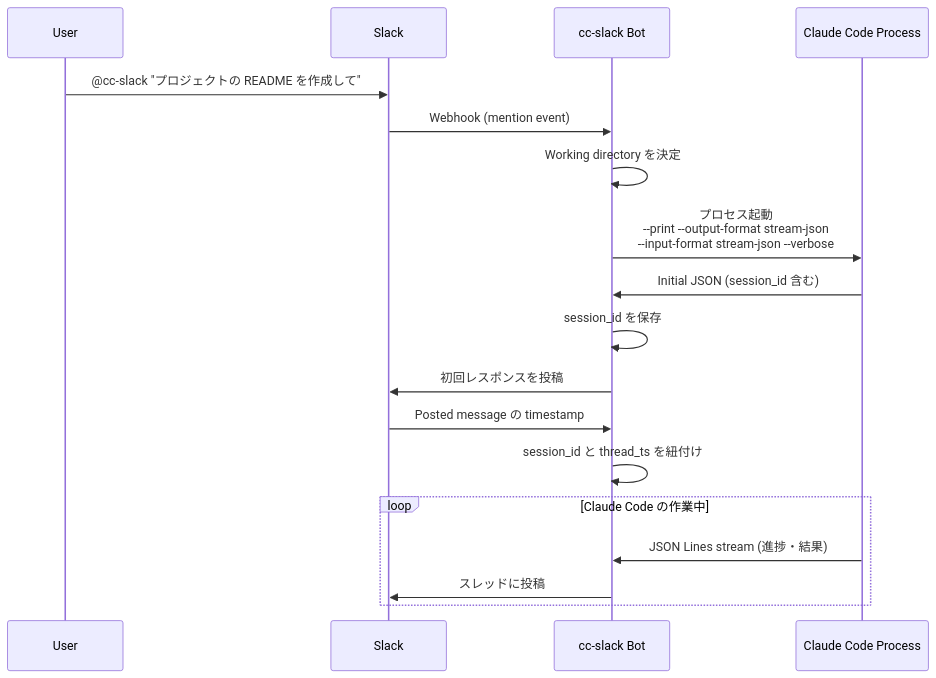
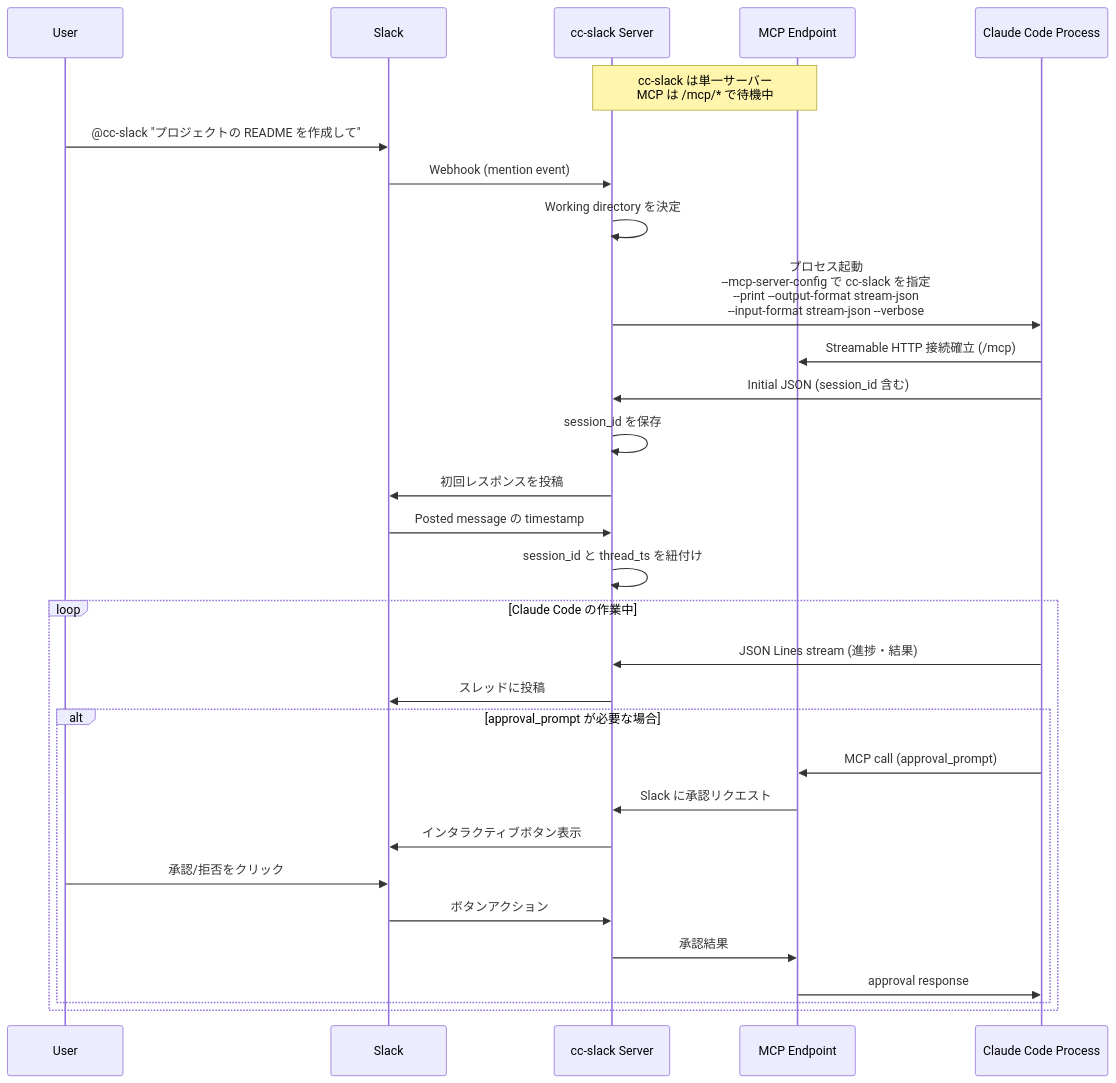
One commit to yuya-takeyama/cc-slack changed the first of 2 diagrams in docs/design.md. Above: the diagram before and after it, drawn with Mermaid. The commit also changed other lines of this file, not shown here.

First line of the commit message:
docs: update design to use Streamable HTTP transport for MCP

````diff
--- a/docs/design.md
+++ b/docs/design.md
@@ -66,22 +74,35 @@
 ```mermaid
 sequenceDiagram
     participant U as User
     participant S as Slack
-    participant B as cc-slack Bot
+    participant B as cc-slack Server
+    participant M as MCP Endpoint
     participant C as Claude Code Process
+
+    Note over B,M: cc-slack は単一サーバー<br/>MCP は /mcp/* で待機中
 
     U->>S: @cc-slack "プロジェクトの README を作成して"
     S->>B: Webhook (mention event)
     B->>B: Working directory を決定
-    B->>C: プロセス起動<br/>--print --output-format stream-json<br/>--input-format stream-json --verbose
+    B->>C: プロセス起動<br/>--mcp-server-config で cc-slack を指定<br/>--print --output-format stream-json<br/>--input-format stream-json --verbose
+    C->>M: Streamable HTTP 接続確立 (/mcp)
     C->>B: Initial JSON (session_id 含む)
     B->>B: session_id を保存
     B->>S: 初回レスポンスを投稿
     S->>B: Posted message の timestamp
     B->>B: session_id と thread_ts を紐付け
     
     loop Claude Code の作業中
         C->>B: JSON Lines stream (進捗・結果)
         B->>S: スレッドに投稿
+        alt approval_prompt が必要な場合
+            C->>M: MCP call (approval_prompt)
+            M->>B: Slack に承認リクエスト
+            B->>S: インタラクティブボタン表示
+            U->>S: 承認/拒否をクリック
+            S->>B: ボタンアクション
+            B->>M: 承認結果
+            M->>C: approval response
+        end
     end
 ```
````
